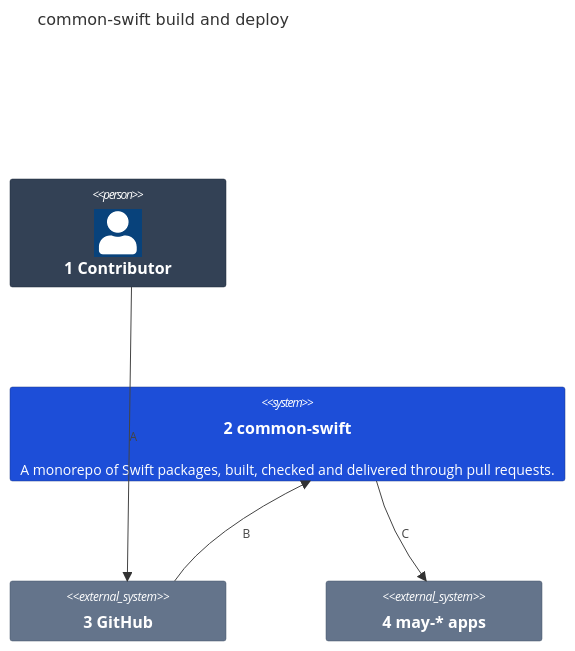
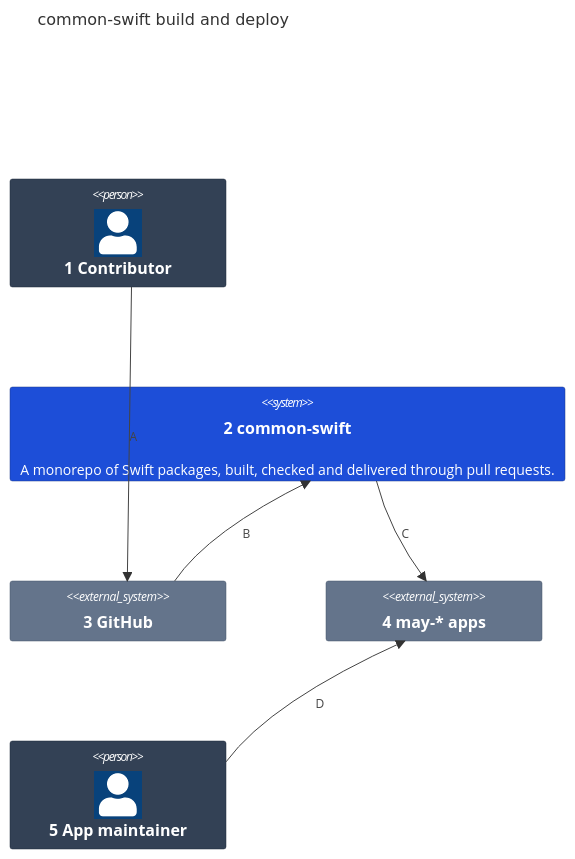
Before and after one commit to may-journal/common-swift: the first of 2 diagrams in docs/architecture/01-system-context.md, drawn with Mermaid. The commit also changed other lines of this file and 23 other files, not shown here.

````diff
--- a/docs/architecture/01-system-context.md
+++ b/docs/architecture/01-system-context.md
@@ -5,18 +5,21 @@
 ```mermaid
 C4Context
     title common-swift build and deploy
 
     Person(contributor, "1 Contributor")
     System(common, "2 common-swift", "A monorepo of Swift packages, built, checked and delivered through pull requests.")
     System_Ext(github, "3 GitHub")
     System_Ext(apps, "4 may-* apps")
+    Person(maintainer, "5 App maintainer")
 
     Rel(contributor, github, "A")
     Rel(github, common, "B")
     Rel(common, apps, "C")
+    Rel(maintainer, apps, "D")
 
     UpdateElementStyle(contributor, $bgColor="#334155", $borderColor="#1e293b", $fontColor="#ffffff")
     UpdateElementStyle(common, $bgColor="#1d4ed8", $borderColor="#1e3a8a", $fontColor="#ffffff")
     UpdateElementStyle(github, $bgColor="#64748b", $borderColor="#475569", $fontColor="#ffffff")
     UpdateElementStyle(apps, $bgColor="#64748b", $borderColor="#475569", $fontColor="#ffffff")
+    UpdateElementStyle(maintainer, $bgColor="#334155", $borderColor="#1e293b", $fontColor="#ffffff")
 ```
````
